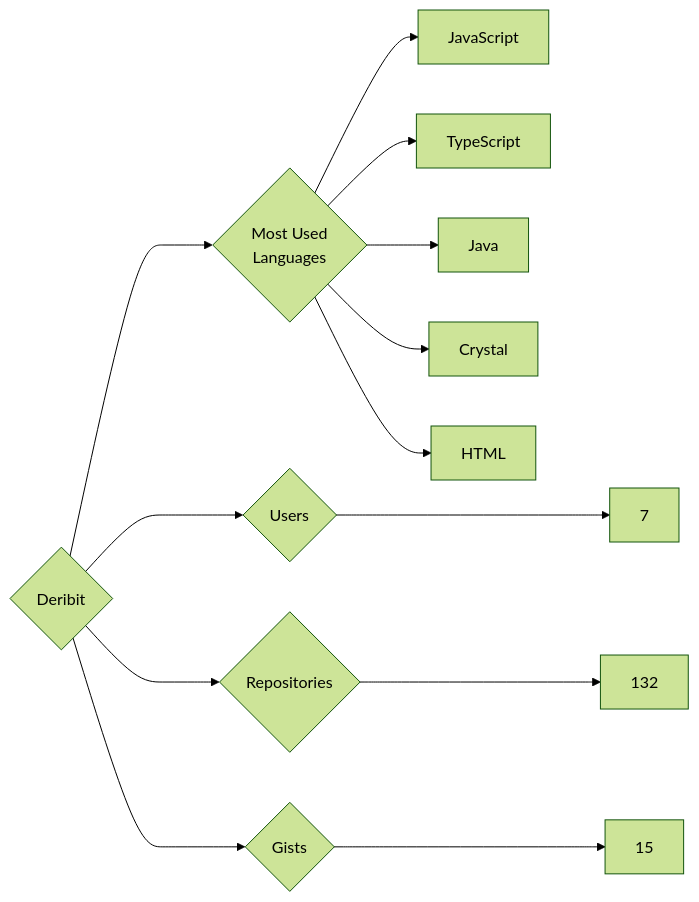
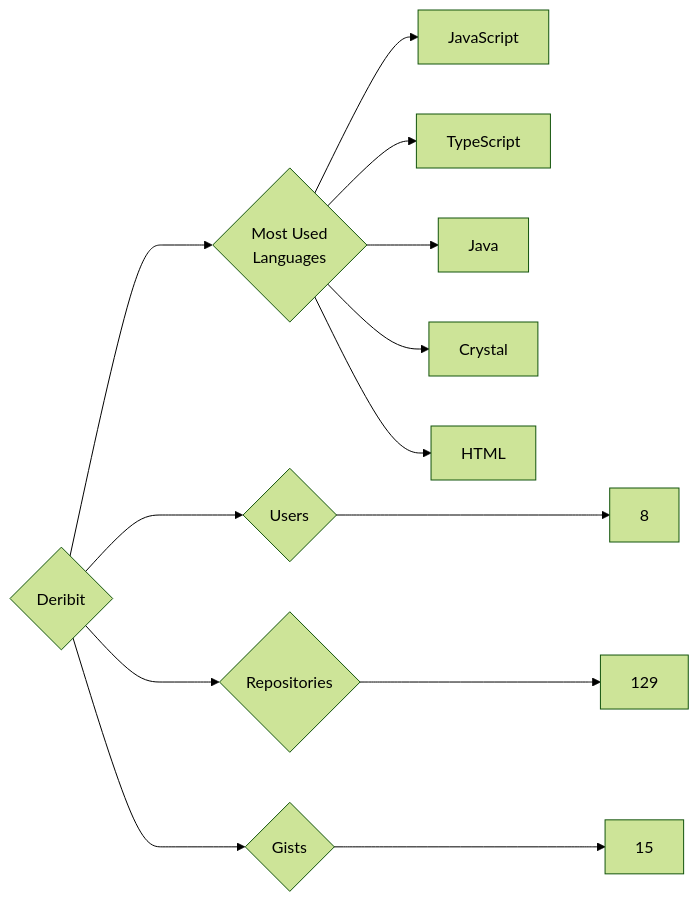
One commit to trickest/insiders changed the diagram in targets/Deribit/README.md. Above: the diagram before and after it, drawn with Mermaid (forest theme). The commit also changed 721 other files, not shown here.

````diff
--- a/targets/Deribit/README.md
+++ b/targets/Deribit/README.md
@@ -3,13 +3,13 @@
 ```mermaid
 graph LR
 COMPANY_NAME{Deribit}
-COMPANY_NAME ---> U{Users} ---> UN[7]
-COMPANY_NAME ---> R{Repositories} ---> RN[132]
+COMPANY_NAME ---> U{Users} ---> UN[8]
+COMPANY_NAME ---> R{Repositories} ---> RN[129]
 COMPANY_NAME ---> G{Gists} ---> GN[15]
 COMPANY_NAME ---> ML{Most Used<br>Languages}
 ML --> JavaScript[JavaScript]
 ML --> TypeScript[TypeScript]
 ML --> Java[Java]
 ML --> Crystal[Crystal]
 ML --> HTML[HTML]
 ```
````
